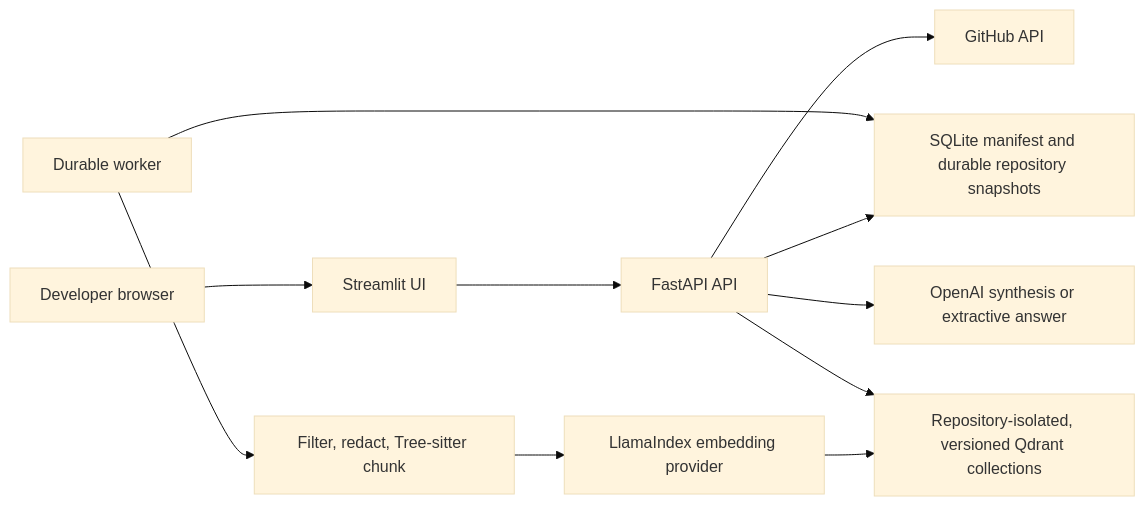
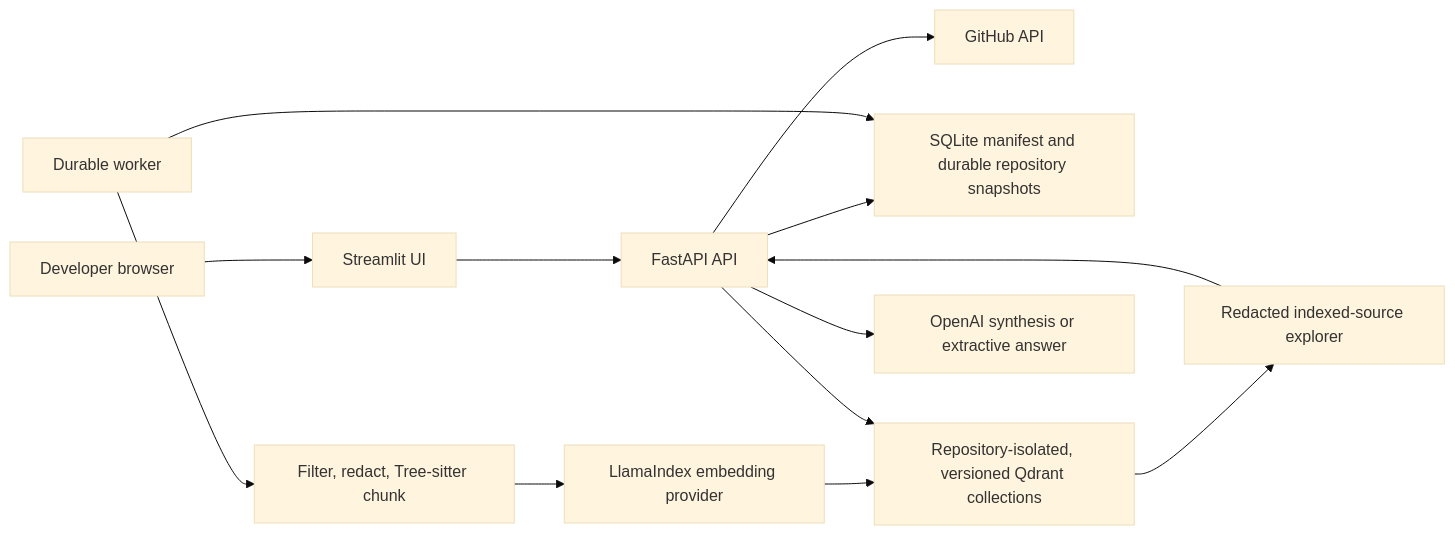
Before and after one commit to ownasquare/codebase-intelligence: the diagram in README.md, drawn with Mermaid (base theme). The commit also changed other lines of this file and 35 other files, not shown here.

````diff
--- a/README.md
+++ b/README.md
@@ -171,13 +176,15 @@
 ```mermaid
 flowchart LR
     U["Developer browser"] --> UI["Streamlit UI"]
     UI --> API["FastAPI API"]
     API --> GH["GitHub API"]
     API --> DB["SQLite manifest and durable repository snapshots"]
     W["Durable worker"] --> DB
     W --> P["Filter, redact, Tree-sitter chunk"]
     P --> E["LlamaIndex embedding provider"]
     E --> Q["Repository-isolated, versioned Qdrant collections"]
     API --> Q
+    Q --> X["Redacted indexed-source explorer"]
+    X --> API
     API --> A["OpenAI synthesis or extractive answer"]
 ```
````
